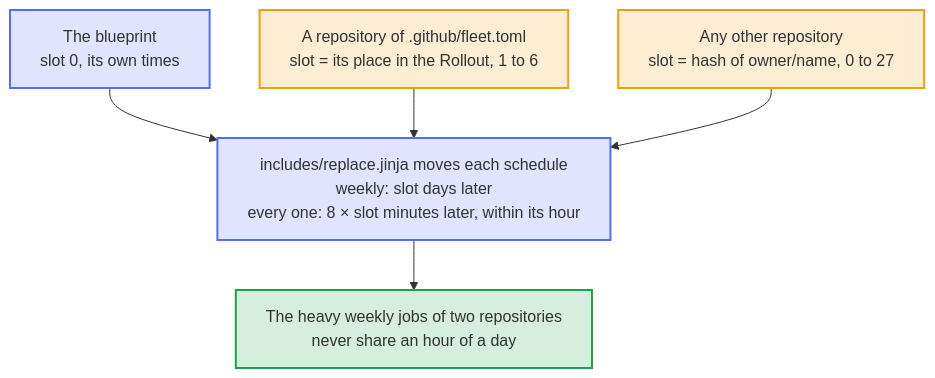
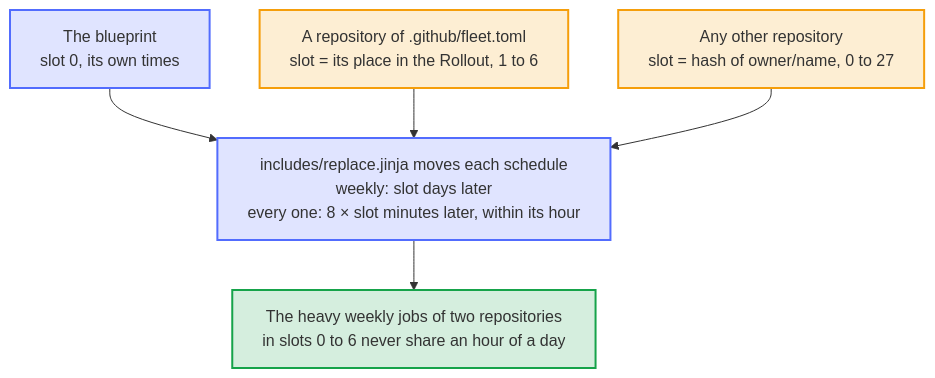
The diagram in docs/diagrams/when-the-schedules-of-a-repository-run.mmd (Dennis-Otto/repo-blueprint), drawn with Mermaid before and after one commit. The commit also changed 9 other files, not shown here.

Commit message:
fix: state that slots 0 to 6 keep the heavy jobs apart, and say so in the test

```diff
--- a/docs/diagrams/when-the-schedules-of-a-repository-run.mmd
+++ b/docs/diagrams/when-the-schedules-of-a-repository-run.mmd
@@ -1,26 +1,26 @@
 ---
 config:
   flowchart:
     wrappingWidth: 400
 ---
 flowchart TB
     accTitle: When the schedules of a repository run
-    accDescr: The blueprint has slot 0, a repository of the registry its place in the Rollout, any other repository a slot from the hash of its owner and name. Each weekly schedule moves by as many days, every schedule by 8 minutes for each within its hour, so the heavy weekly jobs of two repositories never share an hour of a day.
+    accDescr: The blueprint has slot 0, a repository of the registry its place in the Rollout, any other repository a slot from the hash of its owner and name. Each weekly schedule moves by as many days, every schedule by 8 minutes for each within its hour, so the heavy weekly jobs of two repositories in slots 0 to 6 never share an hour of a day.
 
     blueprint["The blueprint<br>slot 0, its own times"]
     fleet["A repository of .github/fleet.toml<br>slot = its place in the Rollout, 1 to 6"]
     other["Any other repository<br>slot = hash of owner/name, 0 to 27"]
     move["includes/replace.jinja moves each schedule<br>weekly: slot days later<br>every one: 8 × slot minutes later, within its hour"]
-    result["The heavy weekly jobs of two repositories<br>never share an hour of a day"]
+    result["The heavy weekly jobs of two repositories<br>in slots 0 to 6 never share an hour of a day"]
 
     blueprint --> move
     fleet --> move
     other --> move
     move --> result
 
     classDef bot fill:#526cfe2e,stroke:#526cfe,stroke-width:2px
     classDef person fill:#f59e0b2e,stroke:#f59e0b,stroke-width:2px
     classDef done fill:#16a34a2e,stroke:#16a34a,stroke-width:2px
     class blueprint,move bot
     class fleet,other person
     class result done
```
